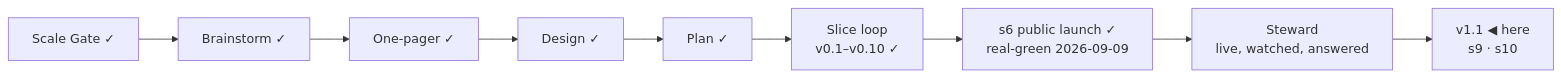
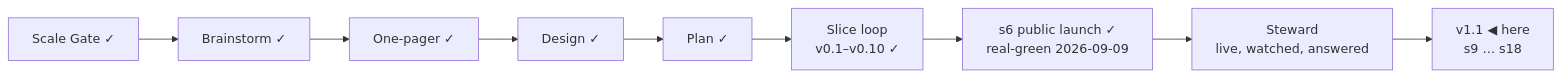
The diagram in STATUS.md (OytunOnal/permit-rulebook), drawn with Mermaid before and after one commit. The commit also changed other lines of this file and 1 other file, not shown here.

Commit message:
v1.1's scope is everything live today, s9 through s18 (gate); the stamp follows s18's merge

````diff
--- a/STATUS.md
+++ b/STATUS.md
@@ -14,7 +14,7 @@
 ```mermaid
 flowchart LR
     A[Scale Gate ✓] --> B[Brainstorm ✓] --> C[One-pager ✓] --> D[Design ✓] --> E[Plan ✓]
     E --> F["Slice loop<br/>v0.1–v0.10 ✓"]
     F --> G["s6 public launch ✓<br/>real-green 2026-09-09"]
-    G --> H["Steward<br/>live, watched, answered"] --> I["v1.1 ◀ here<br/>s9 · s10"]
+    G --> H["Steward<br/>live, watched, answered"] --> I["v1.1 ◀ here<br/>s9 … s18"]
 ```
````
